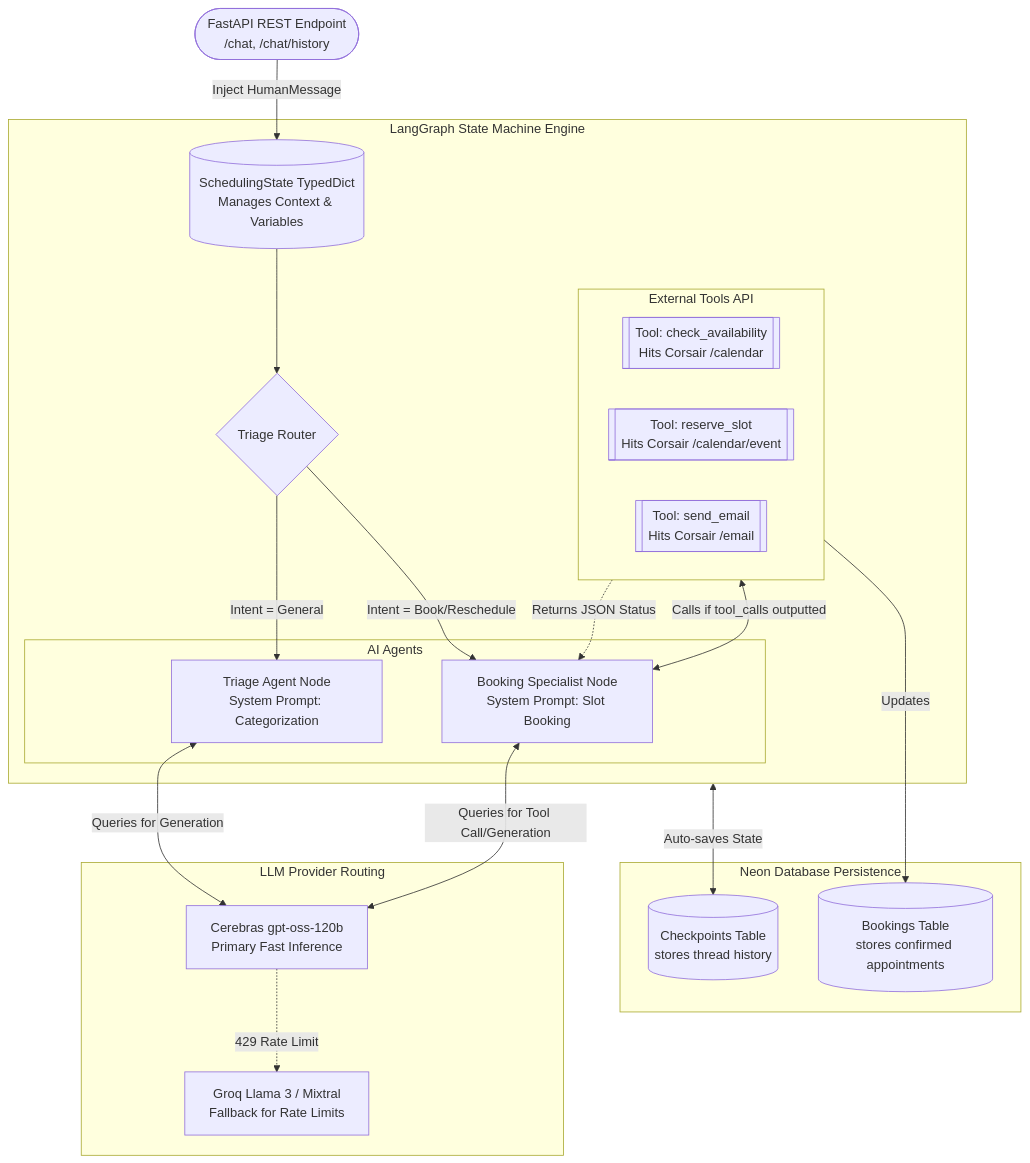
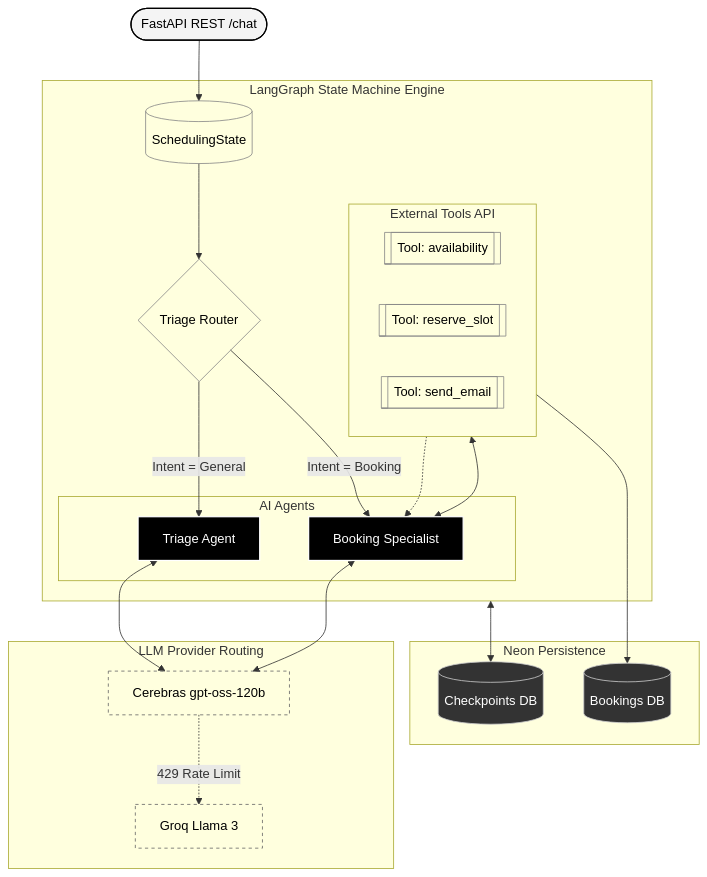
One commit to MRIARC-08/lakshya-scheduling changed the diagram in python-agent/README.md. Above: the diagram before and after it, drawn with Mermaid. The commit also changed other lines of this file and 3 other files, not shown here.

Commit message:
docs: revamp README architectures with sharp monochrome aesthetics and badges

````diff
--- a/python-agent/README.md
+++ b/python-agent/README.md
@@ -9,48 +16,54 @@
 ```mermaid
 graph TD
+    %% Styling for a sleek, sharp aesthetic
+    classDef default fill:transparent,stroke:#888,stroke-width:1px,color:inherit,rx:0,ry:0;
+    classDef endpoint fill:#f4f4f4,stroke:#000,stroke-width:1.5px,color:#000,rx:0,ry:0;
+    classDef agent fill:#000,stroke:#fff,stroke-width:1.5px,color:#fff,rx:0,ry:0;
+    classDef db fill:#333,stroke:#ccc,stroke-width:1px,color:#fff,rx:0,ry:0;
+    classDef llm fill:transparent,stroke:#666,stroke-width:1px,stroke-dasharray: 4 4,rx:0,ry:0;
+
     %% Entry points
-    API([FastAPI REST Endpoint<br/>/chat, /chat/history])
+    API([FastAPI REST /chat]):::endpoint
     
     subgraph LangGraphEngine [LangGraph State Machine Engine]
-        State[(SchedulingState TypedDict<br/>Manages Context & Variables)]
-        
-        Router{Triage Router}
+        State[(SchedulingState)]:::default
+        Router{Triage Router}:::default
         
         subgraph Agents [AI Agents]
-            TriageNode[Triage Agent Node<br/>System Prompt: Categorization]
-            BookingNode[Booking Specialist Node<br/>System Prompt: Slot Booking]
+            TriageNode[Triage Agent]:::agent
+            BookingNode[Booking Specialist]:::agent
         end
         
         subgraph Tools [External Tools API]
-            CheckAvailability[[Tool: check_availability<br/>Hits Corsair /calendar]]
-            ReserveSlot[[Tool: reserve_slot<br/>Hits Corsair /calendar/event]]
-            SendEmail[[Tool: send_email<br/>Hits Corsair /email]]
+            CheckAvailability[[Tool: availability]]:::default
+            ReserveSlot[[Tool: reserve_slot]]:::default
+            SendEmail[[Tool: send_email]]:::default
         end
     end
     
-    subgraph Persistence [Neon Database Persistence]
-        PG_Threads[(Checkpoints Table<br/>stores thread history)]
-        PG_Bookings[(Bookings Table<br/>stores confirmed appointments)]
+    subgraph Persistence [Neon Persistence]
+        PG_Threads[(Checkpoints DB)]:::db
+        PG_Bookings[(Bookings DB)]:::db
     end
     
     subgraph LLMRouting [LLM Provider Routing]
-        PrimaryLLM[Cerebras gpt-oss-120b<br/>Primary Fast Inference]
-        FallbackLLM[Groq Llama 3 / Mixtral<br/>Fallback for Rate Limits]
+        PrimaryLLM[Cerebras gpt-oss-120b]:::llm
+        FallbackLLM[Groq Llama 3]:::llm
     end
     
-    API -->|Inject HumanMessage| State
+    API --> State
     State --> Router
     
     Router -->|Intent = General| TriageNode
-    Router -->|Intent = Book/Reschedule| BookingNode
+    Router -->|Intent = Booking| BookingNode
     
-    TriageNode <-->|Queries for Generation| PrimaryLLM
-    BookingNode <-->|Queries for Tool Call/Generation| PrimaryLLM
+    TriageNode <--> PrimaryLLM
+    BookingNode <--> PrimaryLLM
     PrimaryLLM -.->|429 Rate Limit| FallbackLLM
     
-    BookingNode <-->|Calls if tool_calls outputted| Tools
-    Tools -.->|Returns JSON Status| BookingNode
+    BookingNode <--> Tools
+    Tools -.-> BookingNode
     
-    Tools -->|Updates| PG_Bookings
-    LangGraphEngine <-->|Auto-saves State| PG_Threads
+    Tools --> PG_Bookings
+    LangGraphEngine <--> PG_Threads
 ```
````
